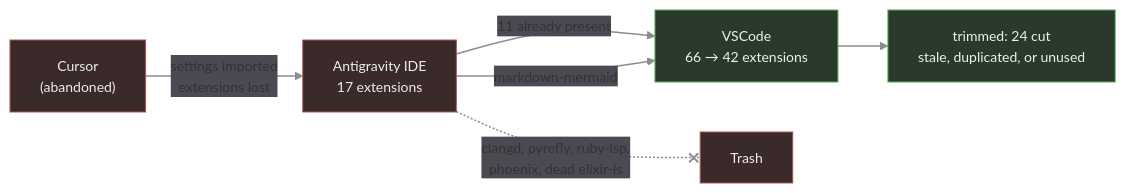
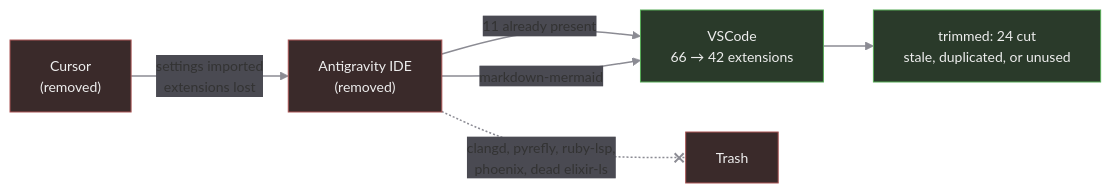
One commit to daneroo/dotfiles changed the diagram in README-VSCode.md. Above: the diagram before and after it, drawn with Mermaid. The commit also changed other lines of this file, not shown here.

First line of the commit message:
docs: Cursor and Antigravity are gone; drop their extension lists

````diff
--- a/README-VSCode.md
+++ b/README-VSCode.md
@@ -11,26 +18,26 @@
 ```mermaid
 %%{init: {"theme":"base","themeVariables":{
   "lineColor":"#8b8b93",
   "edgeLabelBackground":"#4a4a52",
   "textColor":"#e6e6e6",
   "fontSize":"14px"
 }}}%%
 flowchart LR
-    Cursor["Cursor<br/>(abandoned)"]
-    AGY["Antigravity IDE<br/>17 extensions"]
+    Cursor["Cursor<br/>(removed)"]
+    AGY["Antigravity IDE<br/>(removed)"]
     VSC["VSCode<br/>66 → 42 extensions"]
 
     Cursor -- "settings imported<br/>extensions lost" --> AGY
     AGY -- "11 already present" --> VSC
     AGY -- "markdown-mermaid" --> VSC
     AGY -. "clangd, pyrefly, ruby-lsp,<br/>phoenix, dead elixir-ls" .-x Trash
 
     VSC --> Trim["trimmed: 24 cut<br/>stale, duplicated, or unused"]
 
     linkStyle default stroke:#8b8b93,stroke-width:1.5px
 
     classDef gone fill:#3a2a2a,stroke:#a55,color:#eee
     classDef keep fill:#2a3a2a,stroke:#5a5,color:#eee
     class Cursor,AGY,Trash gone
     class VSC,Trim keep
 ```
````
